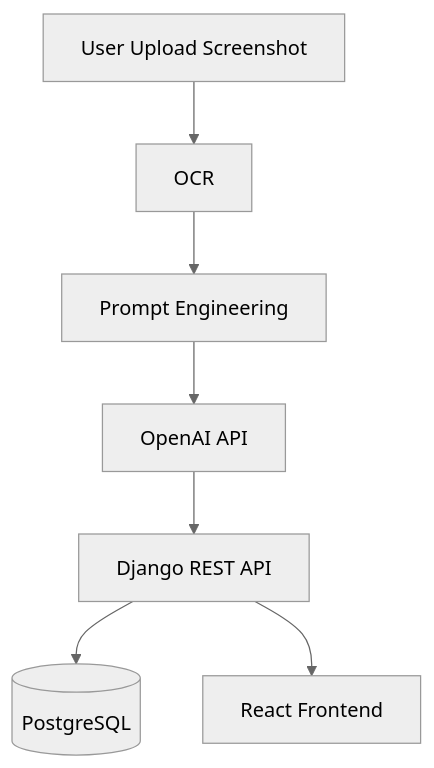
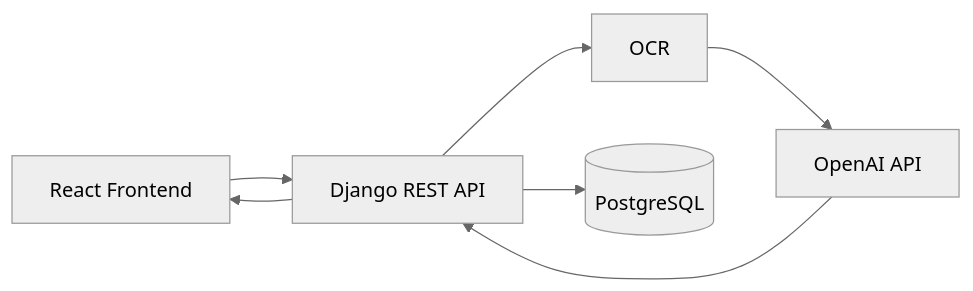
Before and after one commit to dolimpan/shotudy-back: the diagram in README.md, drawn with Mermaid (neutral theme). The commit also changed other lines of this file, not shown here.

````diff
--- a/README.md
+++ b/README.md
@@ -26,16 +25,16 @@
 ```mermaid
-flowchart TD
+flowchart LR
 
-A[User Upload Screenshot]
---> B[OCR]
+A[React Frontend]
+--> B[Django REST API]
 
-B --> C[Prompt Engineering]
+B --> C[OCR]
 
 C --> D[OpenAI API]
 
-D --> E[Django REST API]
+D --> B
 
-E --> F[(PostgreSQL)]
+B --> E[(PostgreSQL)]
 
-E --> G[React Frontend]
+B --> A
 ```
````
